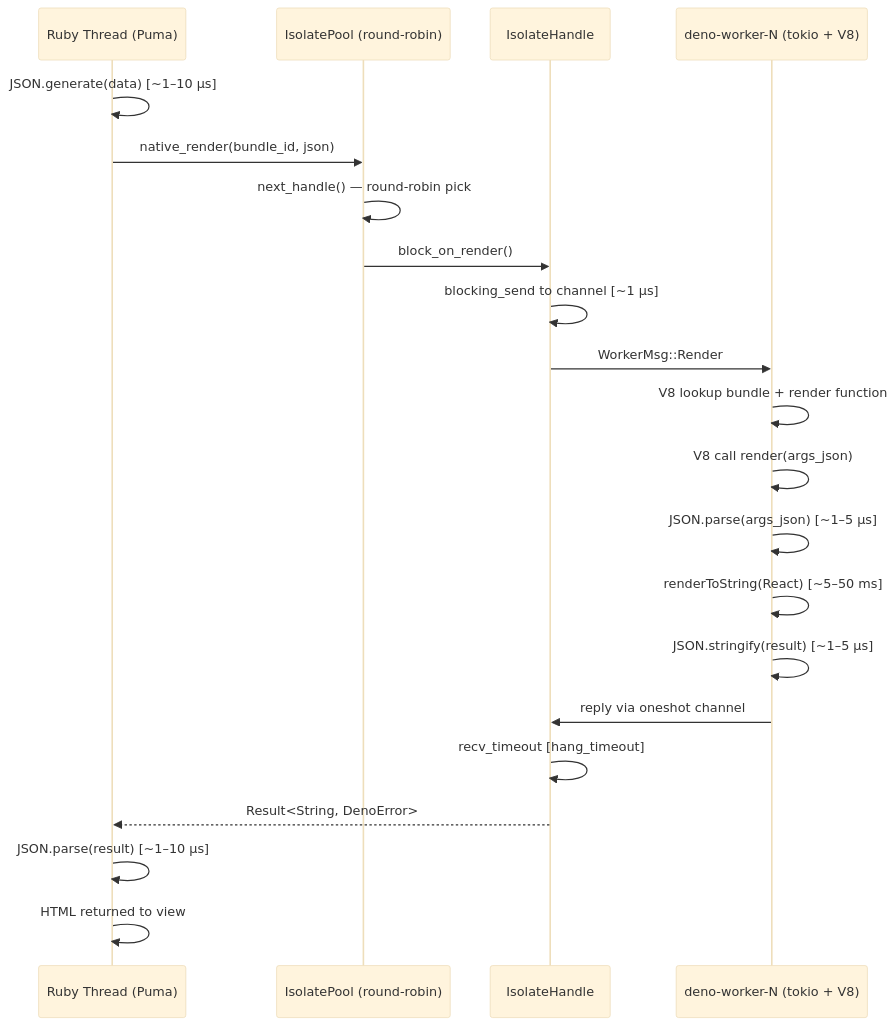
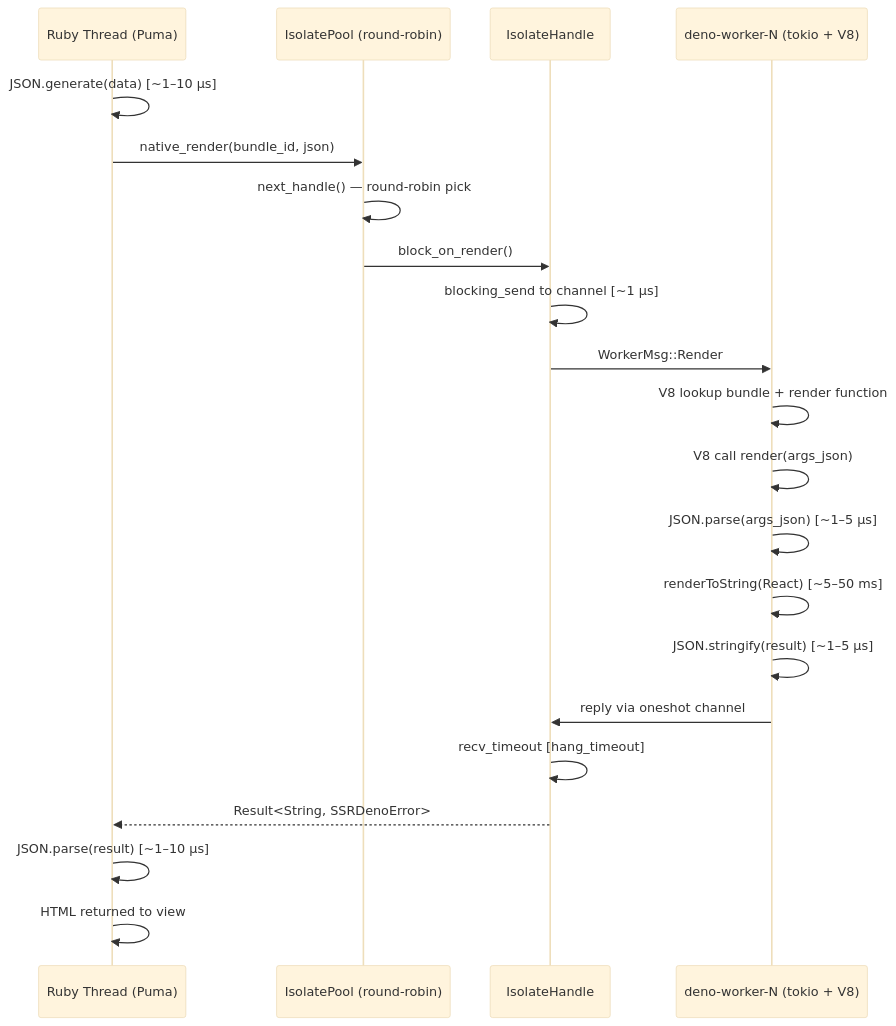
One commit to mdesantis/ssr-deno changed the second of 4 diagrams in plans/memory-performance-analysis.md. Above: the diagram before and after it, drawn with Mermaid (base theme). The commit also changed other lines of this file and 1 other file, not shown here.

````diff
--- a/plans/memory-performance-analysis.md
+++ b/plans/memory-performance-analysis.md
@@ -137,24 +140,24 @@
 ```mermaid
 sequenceDiagram
     participant Ruby as Ruby Thread (Puma)
     participant Pool as IsolatePool (round-robin)
     participant Handle as IsolateHandle
     participant Worker as deno-worker-N (tokio + V8)
 
     Ruby->>Ruby: JSON.generate(data) [~1–10 µs]
     Ruby->>Pool: native_render(bundle_id, json)
     Pool->>Pool: next_handle() — round-robin pick
     Pool->>Handle: block_on_render()
     Handle->>Handle: blocking_send to channel [~1 µs]
     Handle->>Worker: WorkerMsg::Render
     Worker->>Worker: V8 lookup bundle + render function
     Worker->>Worker: V8 call render(args_json)
     Worker->>Worker:   JSON.parse(args_json) [~1–5 µs]
     Worker->>Worker:   renderToString(React) [~5–50 ms]
     Worker->>Worker:   JSON.stringify(result) [~1–5 µs]
     Worker->>Handle: reply via oneshot channel
     Handle->>Handle: recv_timeout [hang_timeout]
-    Handle-->>Ruby: Result<String, DenoError>
+    Handle-->>Ruby: Result<String, SSRDenoError>
     Ruby->>Ruby: JSON.parse(result) [~1–10 µs]
     Ruby->>Ruby: HTML returned to view
 ```
````
